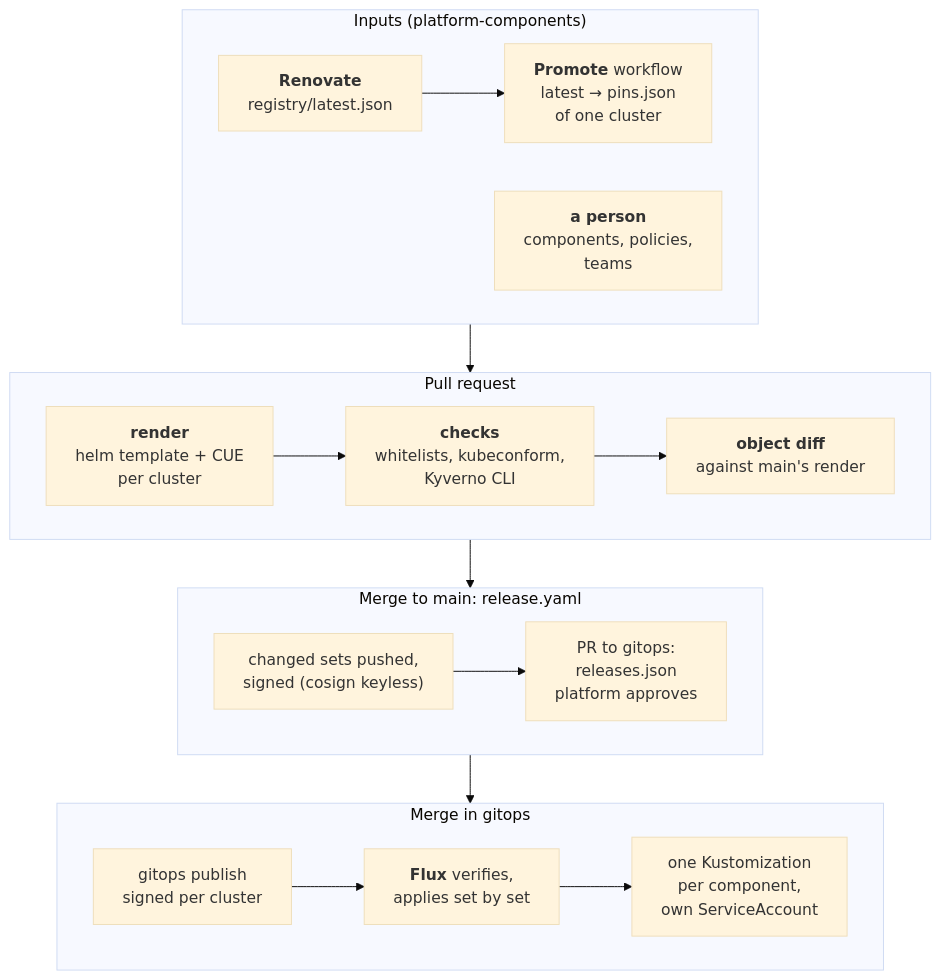
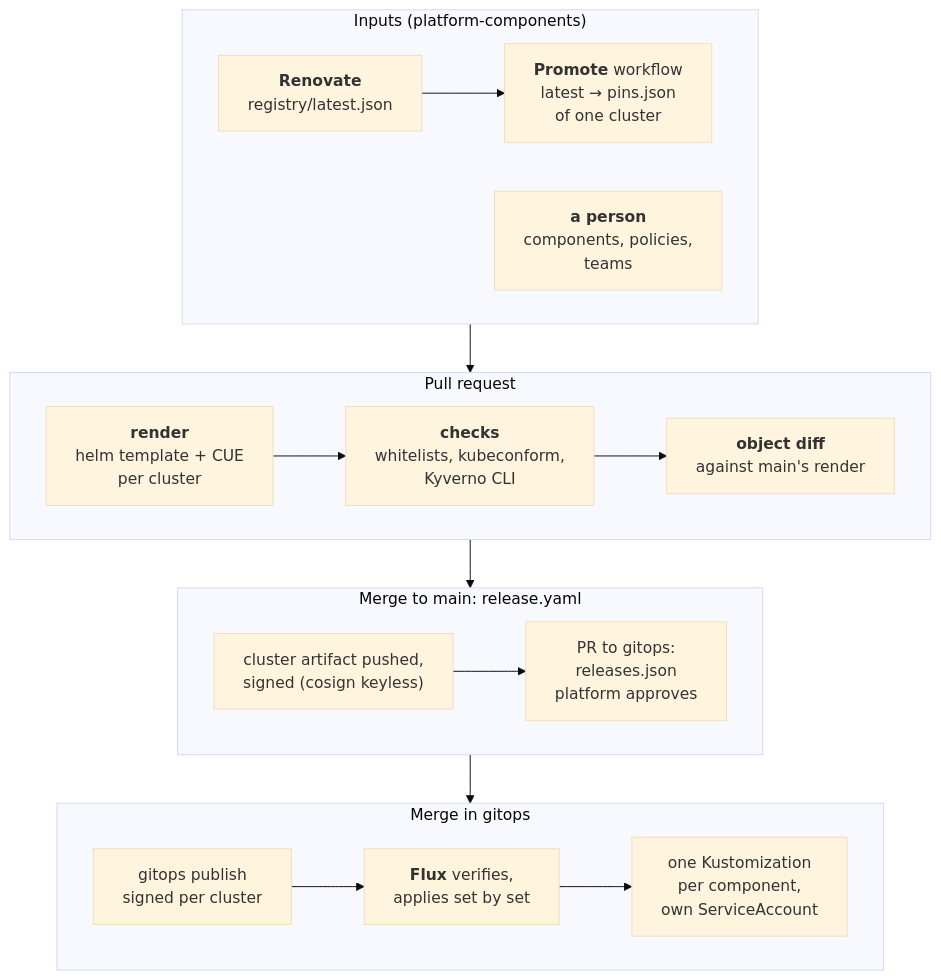
The diagram in platform-lifecycle.md (homelab-selfuryon/meta), drawn with Mermaid (base theme) before and after one commit. The commit also changed other lines of this file and 5 other files, not shown here.

Commit message:
docs: one platform artifact per cluster, a directory per set (#22)

````diff
--- a/platform-lifecycle.md
+++ b/platform-lifecycle.md
@@ -28,40 +28,40 @@
 ```mermaid
 ---
 config:
   flowchart:
     wrappingWidth: 260
 ---
 flowchart TB
     subgraph inputs["Inputs (platform-components)"]
         direction LR
         renovate["<b>Renovate</b><br/>registry/latest.json"]
         person["<b>a person</b><br/>components, policies,<br/>teams"]
         promote["<b>Promote</b> workflow<br/>latest → pins.json<br/>of one cluster"]
         renovate --> promote
     end
 
     subgraph pr["Pull request"]
         direction LR
         render["<b>render</b><br/>helm template + CUE<br/>per cluster"]
         checks["<b>checks</b><br/>whitelists, kubeconform,<br/>Kyverno CLI"]
         diff["<b>object diff</b><br/>against main's render"]
         render --> checks --> diff
     end
 
     subgraph release["Merge to main: release.yaml"]
         direction LR
-        push["changed sets pushed,<br/>signed (cosign keyless)"]
+        push["cluster artifact pushed,<br/>signed (cosign keyless)"]
         gpr["PR to gitops:<br/>releases.json<br/>platform approves"]
         push --> gpr
     end
 
     subgraph cluster["Merge in gitops"]
         direction LR
         publish["gitops publish<br/>signed per cluster"]
         flux["<b>Flux</b> verifies,<br/>applies set by set"]
         comps["one Kustomization<br/>per component,<br/>own ServiceAccount"]
         publish --> flux --> comps
     end
 
     inputs --> pr --> release --> cluster
 ```
````
